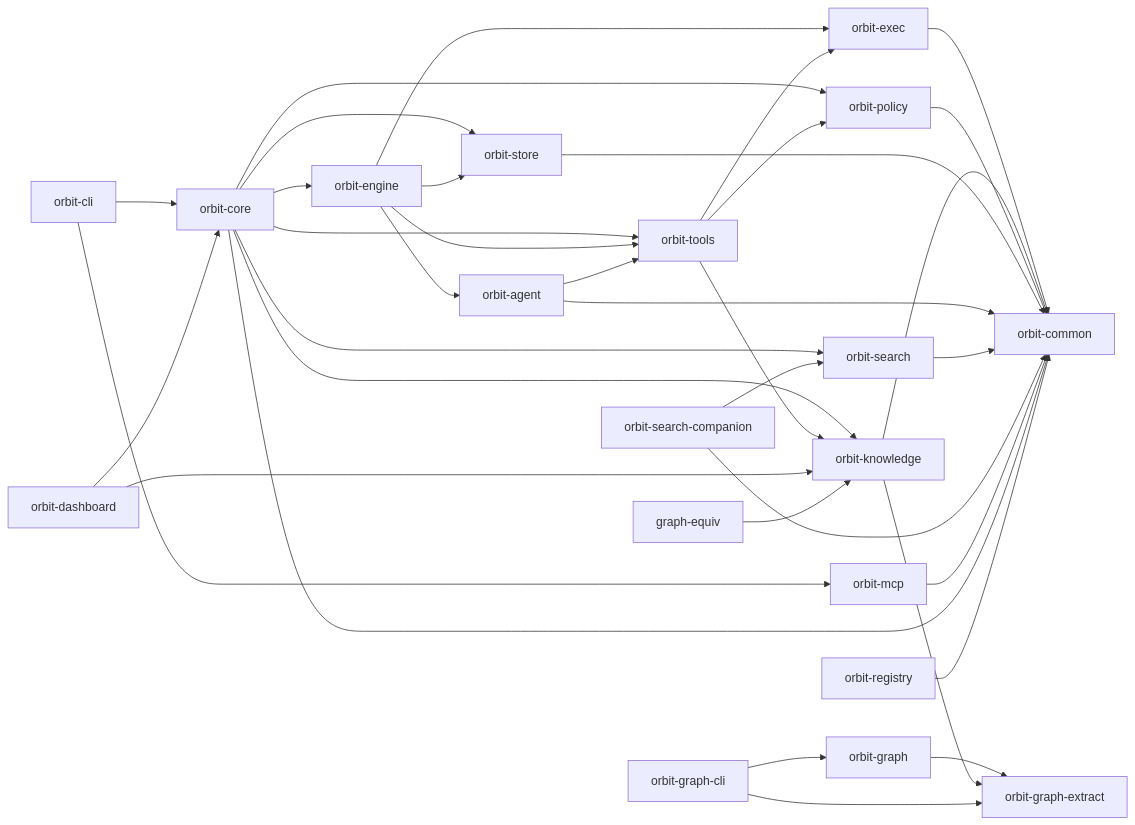
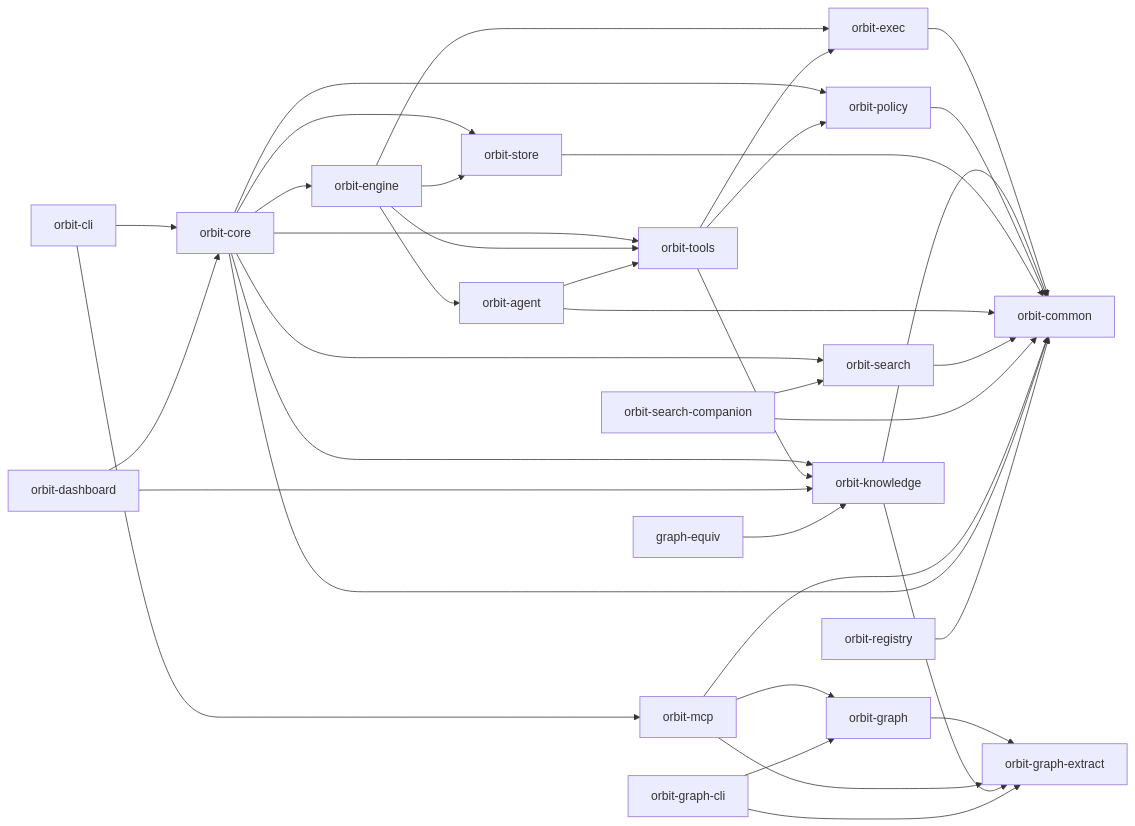
Before and after one commit to danieljhkim/orbit: the diagram in ARCHITECTURE.md, drawn with Mermaid. The commit also changed other lines of this file and 14 other files, not shown here.

Commit message:
feat: Register MCP tool wrappers for orbit-graph query commands [ORB-00319]

````diff
--- a/ARCHITECTURE.md
+++ b/ARCHITECTURE.md
@@ -5,37 +5,39 @@
 ```mermaid
 flowchart LR
   CLI["orbit-cli"] --> Core["orbit-core"]
   CLI --> MCP["orbit-mcp"]
   Core --> Engine["orbit-engine"]
   Core --> Store["orbit-store"]
   Core --> Tools["orbit-tools"]
   Core --> Search["orbit-search"]
   Core --> Knowledge["orbit-knowledge"]
   Core --> Policy["orbit-policy"]
   Engine --> Agent["orbit-agent"]
   Engine --> Store
   Engine --> Exec["orbit-exec"]
   Engine --> Tools
   Agent --> Tools
   Graph["orbit-graph"] --> GraphExtract["orbit-graph-extract"]
+  MCP --> Graph
+  MCP --> GraphExtract
   Tools --> Exec["orbit-exec"]
   Tools --> Knowledge
   Tools --> Policy
   Knowledge --> GraphExtract["orbit-graph-extract"]
   Exec --> Common["orbit-common"]
   Knowledge --> Common
   Policy --> Common
   Store --> Common
   Agent --> Common
   Search --> Common
   SearchCompanion["orbit-search-companion"] --> Search
   SearchCompanion --> Common
   GraphCli["orbit-graph-cli"] --> Graph
   GraphCli --> GraphExtract
   MCP --> Common
   Dashboard["orbit-dashboard"] --> Core
   Dashboard --> Knowledge
   GraphEquiv["graph-equiv"] --> Knowledge
   Core --> Common
   Registry["orbit-registry"] --> Common
 ```
````
